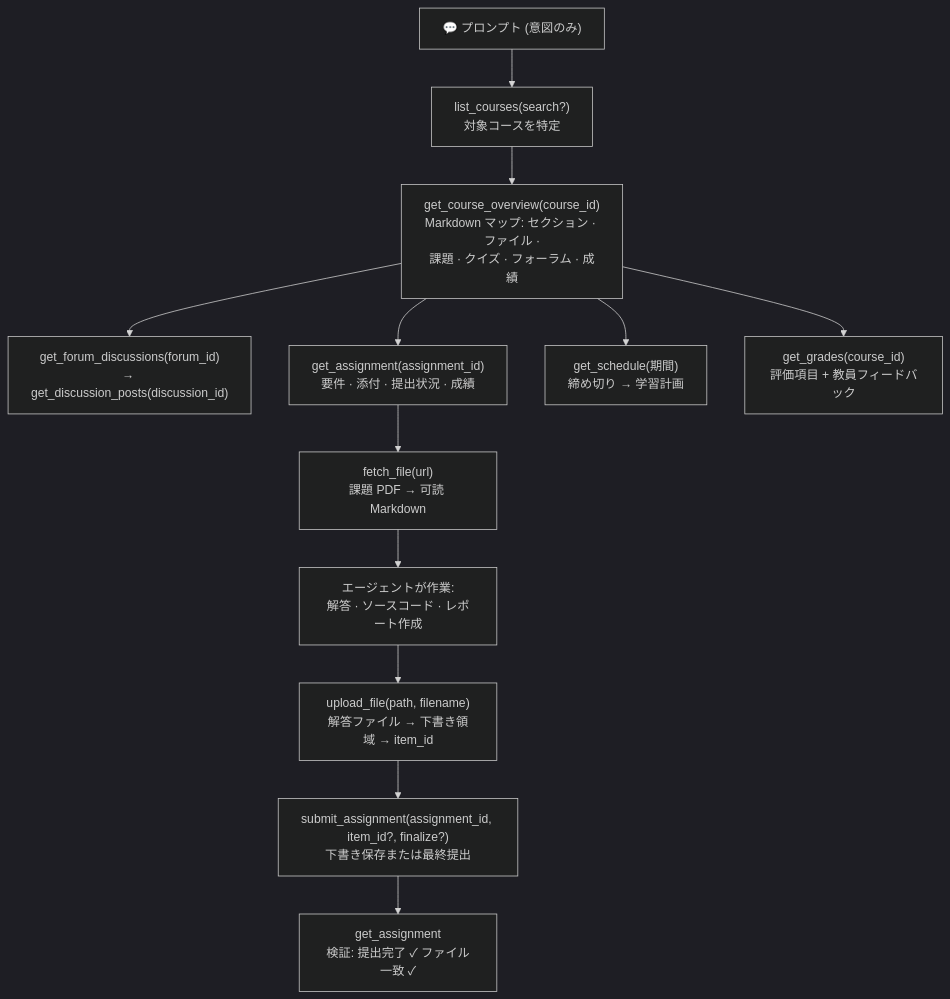
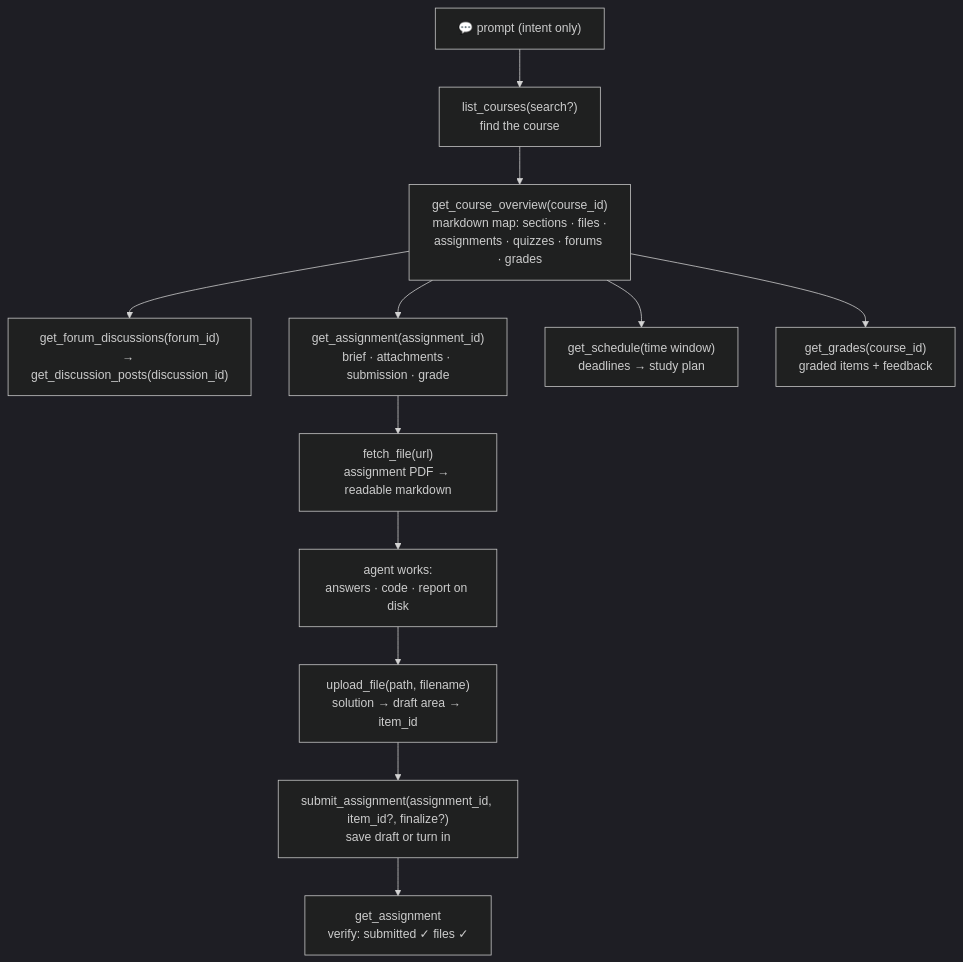
One commit to G36maid/moodle-mcp changed the diagram in i18n/README.ja.md. Above: the diagram before and after it, drawn with Mermaid (dark theme). The commit also changed other lines of this file and 6 other files, not shown here.

````diff
--- a/i18n/README.ja.md
+++ b/i18n/README.ja.md
@@ -257,14 +81,14 @@
 ```mermaid
 flowchart TD
-    Q["💬 プロンプト (意図のみ)"] --> LC["list_courses(search?)<br/>対象コースを特定"]
-    LC --> OV["get_course_overview(course_id)<br/>Markdown マップ: セクション · ファイル ·<br/>課題 · クイズ · フォーラム · 成績"]
+    Q["💬 prompt (intent only)"] --> LC["list_courses(search?)<br/>find the course"]
+    LC --> OV["get_course_overview(course_id)<br/>markdown map: sections · files ·<br/>assignments · quizzes · forums · grades"]
     OV --> FD["get_forum_discussions(forum_id)<br/>→ get_discussion_posts(discussion_id)"]
-    OV --> AS["get_assignment(assignment_id)<br/>要件 · 添付 · 提出状況 · 成績"]
-    AS --> FF["fetch_file(url)<br/>課題 PDF → 可読 Markdown"]
-    FF --> WK["エージェントが作業:<br/>解答 · ソースコード · レポート作成"]
-    WK --> UP["upload_file(path, filename)<br/>解答ファイル → 下書き領域 → item_id"]
-    UP --> SB["submit_assignment(assignment_id, item_id?, finalize?)<br/>下書き保存または最終提出"]
-    SB --> VF["get_assignment<br/>検証: 提出完了 ✓ ファイル一致 ✓"]
-    OV --> SC["get_schedule(期間)<br/>締め切り → 学習計画"]
-    OV --> GR["get_grades(course_id)<br/>評価項目 + 教員フィードバック"]
+    OV --> AS["get_assignment(assignment_id)<br/>brief · attachments · submission · grade"]
+    AS --> FF["fetch_file(url)<br/>assignment PDF → readable markdown"]
+    FF --> WK["agent works:<br/>answers · code · report on disk"]
+    WK --> UP["upload_file(path, filename)<br/>solution → draft area → item_id"]
+    UP --> SB["submit_assignment(assignment_id, item_id?, finalize?)<br/>save draft or turn in"]
+    SB --> VF["get_assignment<br/>verify: submitted ✓ files ✓"]
+    OV --> SC["get_schedule(time window)<br/>deadlines → study plan"]
+    OV --> GR["get_grades(course_id)<br/>graded items + feedback"]
 ```
````
